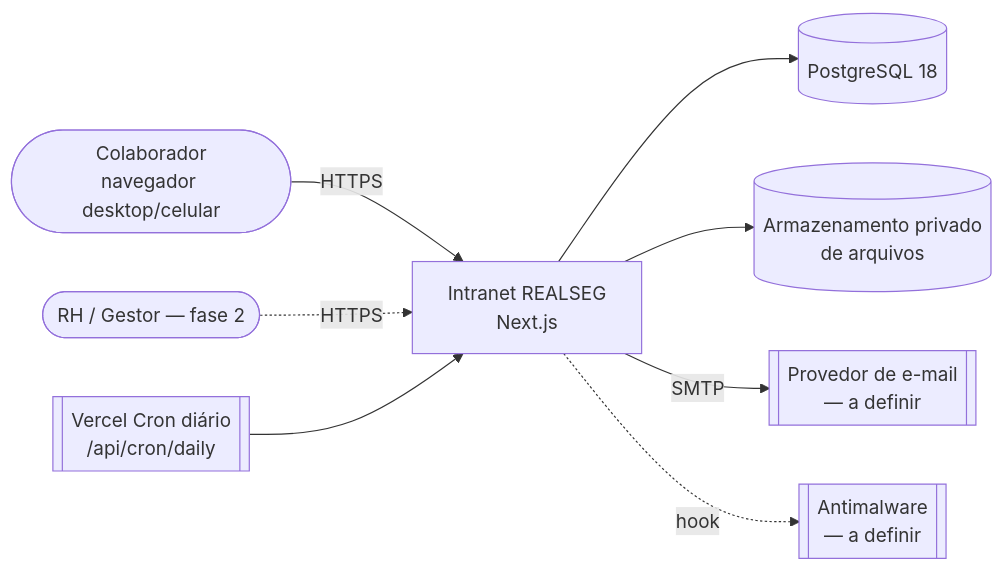
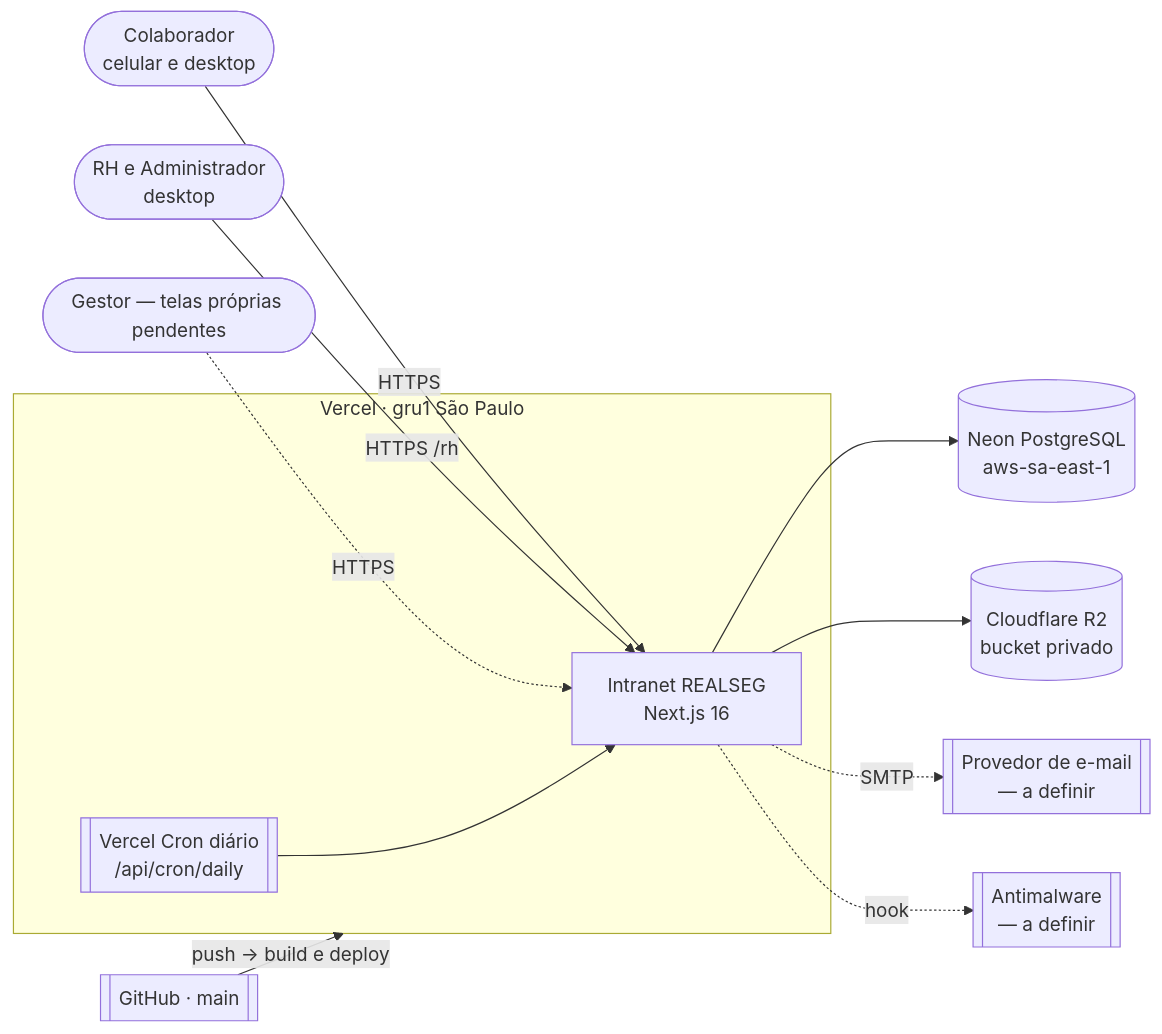
One commit to nandopandp-cloud/realseg-intra changed the first of 3 diagrams in docs/arquitetura/visao-geral.md. Above: the diagram before and after it, drawn with Mermaid. The commit also changed other lines of this file and 33 other files, not shown here.

````diff
--- a/docs/arquitetura/visao-geral.md
+++ b/docs/arquitetura/visao-geral.md
@@ -7,10 +9,16 @@
 ```mermaid
 flowchart LR
-  colab([Colaborador\nnavegador desktop/celular]) -->|HTTPS| app[Intranet REALSEG\nNext.js]
-  rh([RH / Gestor — fase 2]) -.->|HTTPS| app
-  app --> pg[(PostgreSQL 18)]
-  app --> fs[(Armazenamento privado\nde arquivos)]
-  app -->|SMTP| mail[[Provedor de e-mail\n— a definir]]
-  cron[[Vercel Cron diário\n/api/cron/daily]] --> app
-  app -.->|hook| av[[Antimalware\n— a definir]]
+  colab([Colaborador<br/>celular e desktop]) -->|HTTPS| app
+  rh([RH e Administrador<br/>desktop]) -->|HTTPS /rh| app
+  gestor([Gestor — telas próprias pendentes]) -.->|HTTPS| app
+  subgraph Vercel [Vercel · gru1 São Paulo]
+    app[Intranet REALSEG<br/>Next.js 16]
+    cron[[Vercel Cron diário<br/>/api/cron/daily]]
+  end
+  cron --> app
+  app --> pg[(Neon PostgreSQL<br/>aws-sa-east-1)]
+  app --> r2[(Cloudflare R2<br/>bucket privado)]
+  app -.->|SMTP| mail[[Provedor de e-mail<br/>— a definir]]
+  app -.->|hook| av[[Antimalware<br/>— a definir]]
+  gh[[GitHub · main]] -->|push → build e deploy| Vercel
 ```
````
